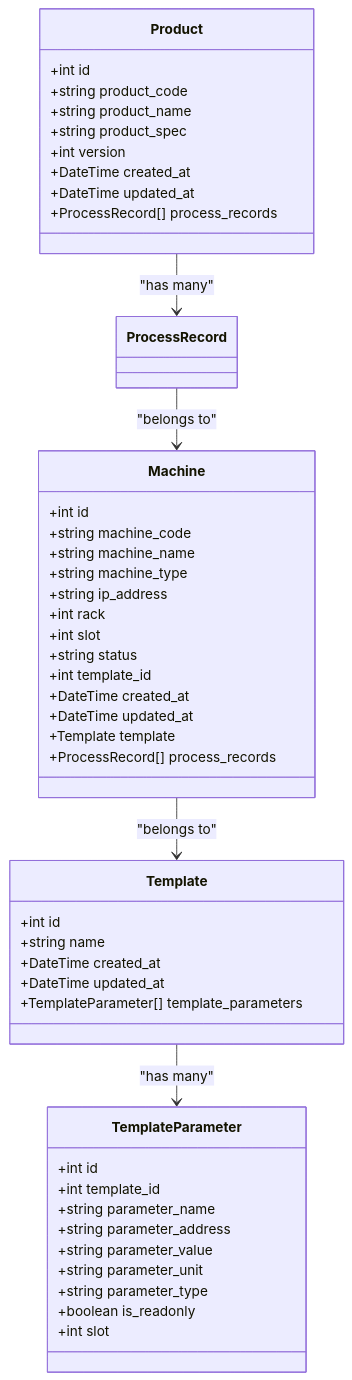
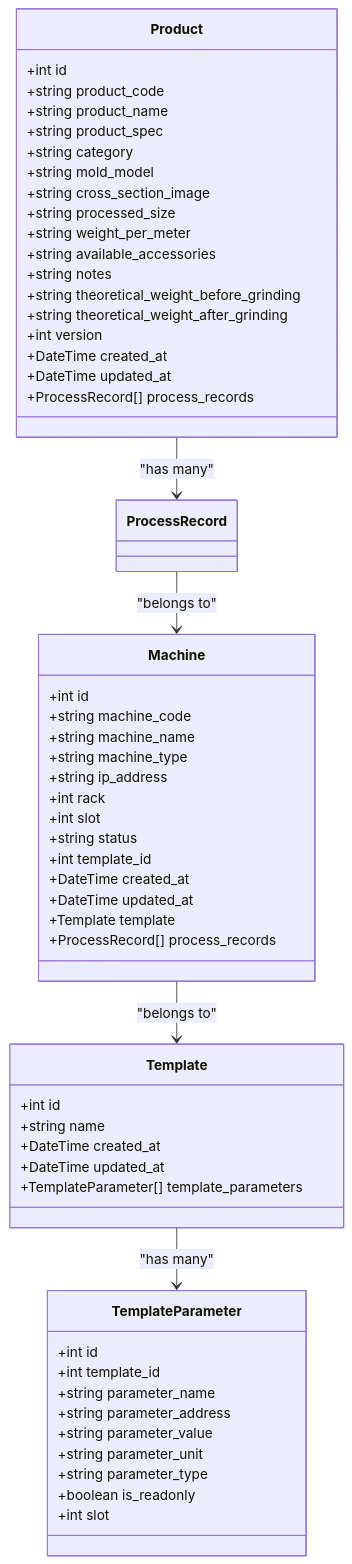
One commit to pcb0y/plctodb changed the seventh of 9 diagrams in .qoder/repowiki/zh/content/后端开发/API路由模块/产品管理路由.md. Above: the diagram before and after it, drawn with Mermaid. The commit also changed other lines of this file and 9 other files, not shown here.

````diff
--- a/.qoder/repowiki/zh/content/后端开发/API路由模块/产品管理路由.md
+++ b/.qoder/repowiki/zh/content/后端开发/API路由模块/产品管理路由.md
@@ -321,50 +346,59 @@
 ```mermaid
 classDiagram
 class Product {
 +int id
 +string product_code
 +string product_name
 +string product_spec
++string category
++string mold_model
++string cross_section_image
++string processed_size
++string weight_per_meter
++string available_accessories
++string notes
++string theoretical_weight_before_grinding
++string theoretical_weight_after_grinding
 +int version
 +DateTime created_at
 +DateTime updated_at
 +ProcessRecord[] process_records
 }
 class Template {
 +int id
 +string name
 +DateTime created_at
 +DateTime updated_at
 +TemplateParameter[] template_parameters
 }
 class TemplateParameter {
 +int id
 +int template_id
 +string parameter_name
 +string parameter_address
 +string parameter_value
 +string parameter_unit
 +string parameter_type
 +boolean is_readonly
 +int slot
 }
 class Machine {
 +int id
 +string machine_code
 +string machine_name
 +string machine_type
 +string ip_address
 +int rack
 +int slot
 +string status
 +int template_id
 +DateTime created_at
 +DateTime updated_at
 +Template template
 +ProcessRecord[] process_records
 }
 Product --> ProcessRecord : "has many"
 ProcessRecord --> Machine : "belongs to"
 Machine --> Template : "belongs to"
 Template --> TemplateParameter : "has many"
 ```
````
